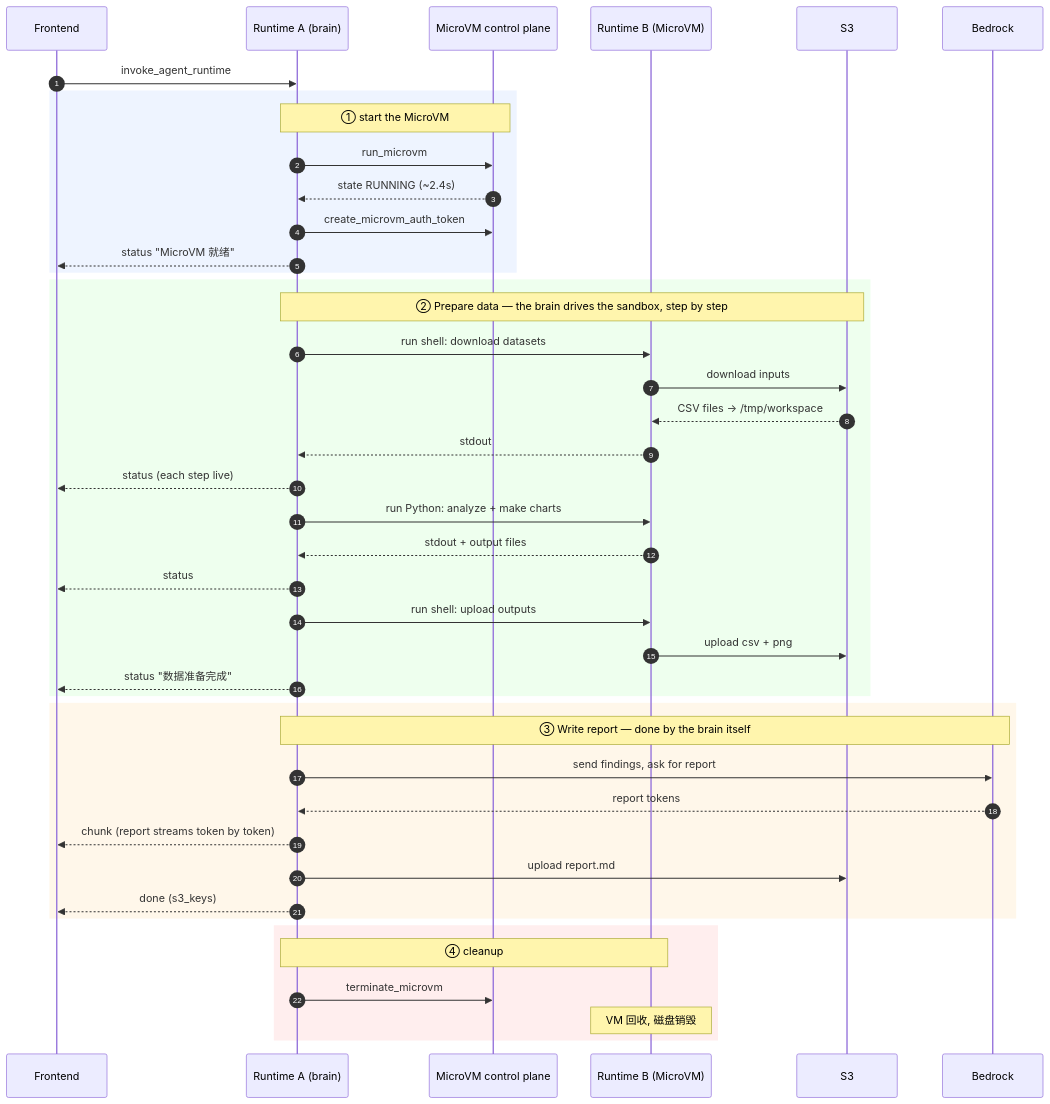
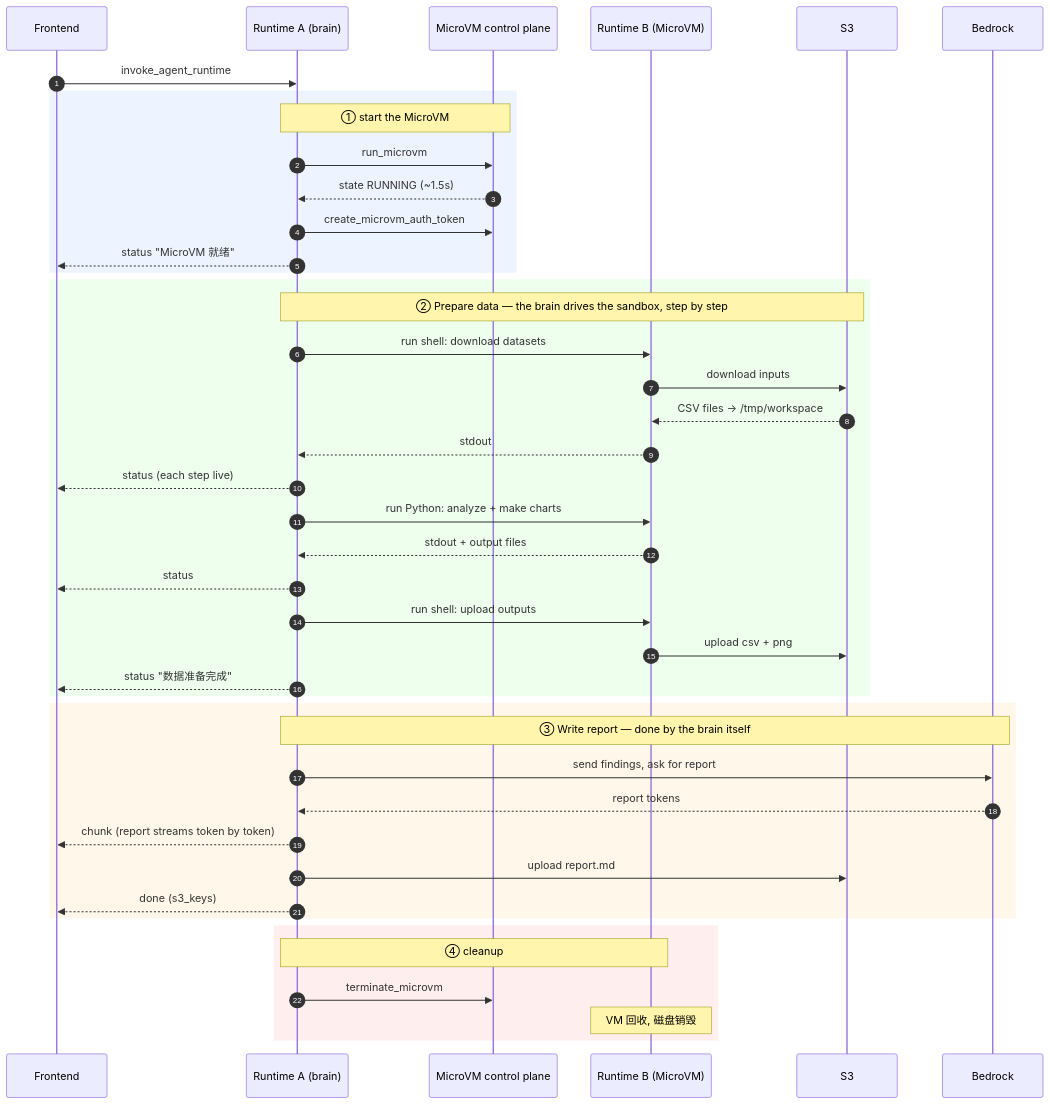
The second of 3 diagrams in DESIGN_V5.md (jansony1/agentcore-runtime-data-persistence-demo), drawn with Mermaid before and after one commit. The commit also changed other lines of this file and 1 other file, not shown here.

````diff
--- a/DESIGN_V5.md
+++ b/DESIGN_V5.md
@@ -90,50 +90,50 @@
 ```mermaid
 sequenceDiagram
     autonumber
     participant FE as Frontend
     participant A as Runtime A (brain)
     participant CP as MicroVM control plane
     participant B as Runtime B (MicroVM)
     participant S3 as S3
     participant BR as Bedrock
 
     FE->>A: invoke_agent_runtime
 
     rect rgb(238,244,255)
     note over A,CP: ① start the MicroVM
     A->>CP: run_microvm
-    CP-->>A: state RUNNING (~2.4s)
+    CP-->>A: state RUNNING (~1.5s)
     A->>CP: create_microvm_auth_token
     A-->>FE: status "MicroVM 就绪"
     end
 
     rect rgb(238,255,238)
     note over A,S3: ② Prepare data — the brain drives the sandbox, step by step
     A->>B: run shell: download datasets
     B->>S3: download inputs
     S3-->>B: CSV files → /tmp/workspace
     B-->>A: stdout
     A-->>FE: status (each step live)
     A->>B: run Python: analyze + make charts
     B-->>A: stdout + output files
     A-->>FE: status
     A->>B: run shell: upload outputs
     B->>S3: upload csv + png
     A-->>FE: status "数据准备完成"
     end
 
     rect rgb(255,247,234)
     note over A,BR: ③ Write report — done by the brain itself
     A->>BR: send findings, ask for report
     BR-->>A: report tokens
     A-->>FE: chunk (report streams token by token)
     A->>S3: upload report.md
     A-->>FE: done (s3_keys)
     end
 
     rect rgb(255,238,238)
     note over A,B: ④ cleanup
     A->>CP: terminate_microvm
     note over B: VM 回收, 磁盘销毁
     end
 ```
````
